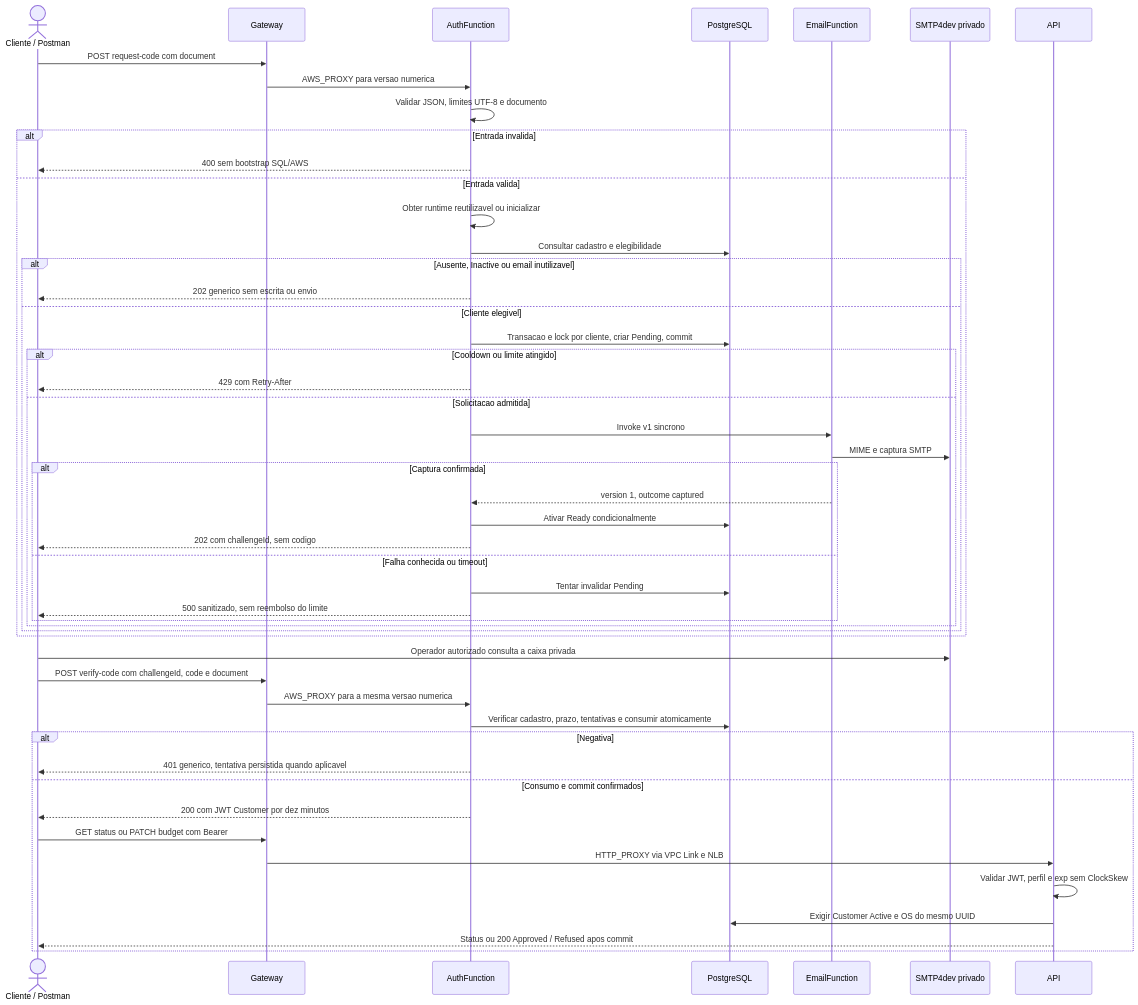
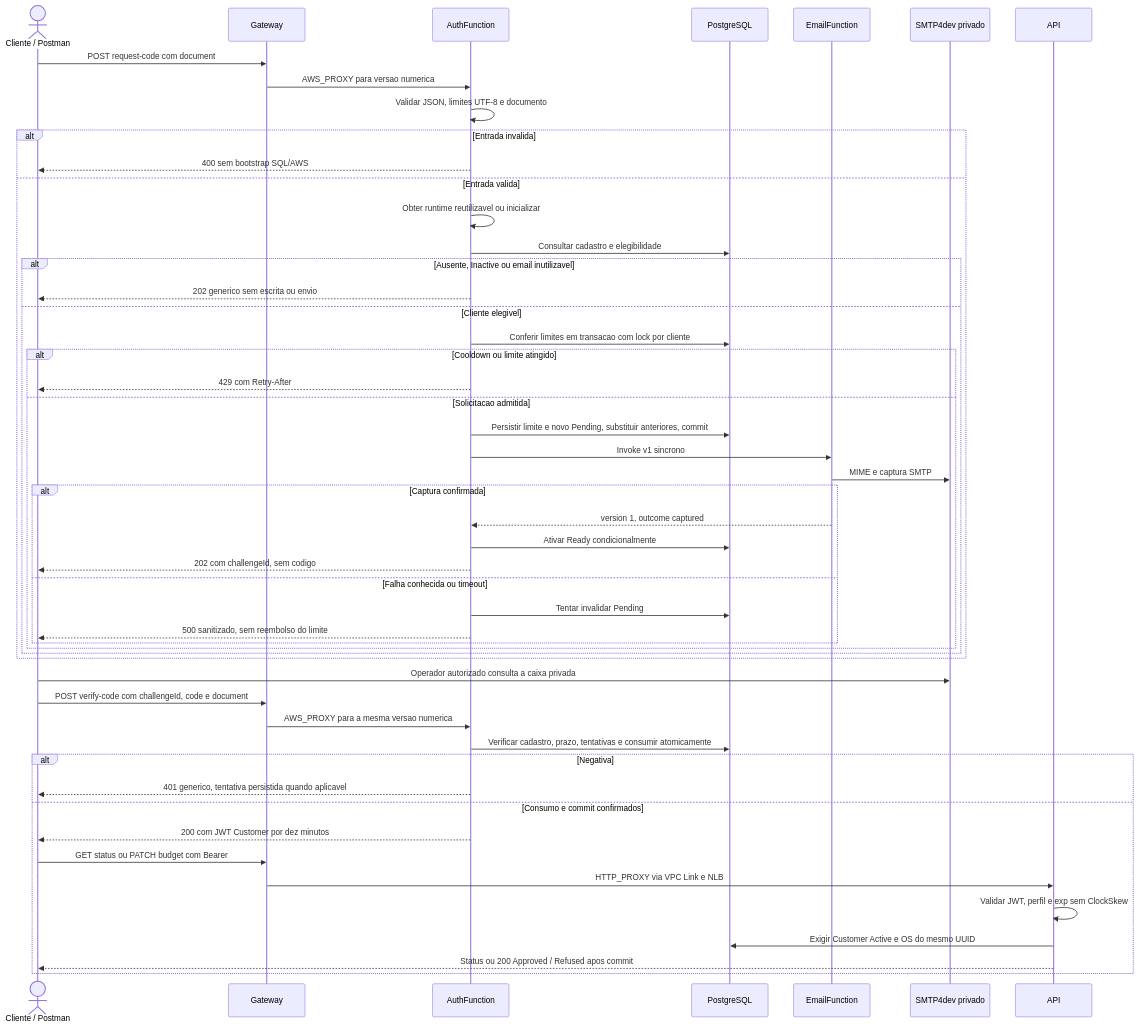
The diagram in docs/arquitetura/diagramas/VALIDACAO_CPF.md (pknfelps/GerenciamentoMecanicaSistema), drawn with Mermaid before and after one commit. The commit also changed 12 other files, not shown here.

Commit message:
Atualizados diagramas

````diff
--- a/docs/arquitetura/diagramas/VALIDACAO_CPF.md
+++ b/docs/arquitetura/diagramas/VALIDACAO_CPF.md
@@ -3,52 +3,53 @@
 ```mermaid
 sequenceDiagram
     actor C as Cliente / Postman
     participant G as Gateway
     participant F as AuthFunction
     participant D as PostgreSQL
     participant E as EmailFunction
     participant S as SMTP4dev privado
     participant A as API
     C->>G: POST request-code com document
     G->>F: AWS_PROXY para versao numerica
     F->>F: Validar JSON, limites UTF-8 e documento
     alt Entrada invalida
         F-->>C: 400 sem bootstrap SQL/AWS
     else Entrada valida
         F->>F: Obter runtime reutilizavel ou inicializar
         F->>D: Consultar cadastro e elegibilidade
         alt Ausente, Inactive ou email inutilizavel
             F-->>C: 202 generico sem escrita ou envio
         else Cliente elegivel
-            F->>D: Transacao e lock por cliente, criar Pending, commit
+            F->>D: Conferir limites em transacao com lock por cliente
             alt Cooldown ou limite atingido
                 F-->>C: 429 com Retry-After
             else Solicitacao admitida
+                F->>D: Persistir limite e novo Pending, substituir anteriores, commit
                 F->>E: Invoke v1 sincrono
                 E->>S: MIME e captura SMTP
                 alt Captura confirmada
                     E-->>F: version 1, outcome captured
                     F->>D: Ativar Ready condicionalmente
                     F-->>C: 202 com challengeId, sem codigo
                 else Falha conhecida ou timeout
                     F->>D: Tentar invalidar Pending
                     F-->>C: 500 sanitizado, sem reembolso do limite
                 end
             end
         end
     end
     C->>S: Operador autorizado consulta a caixa privada
     C->>G: POST verify-code com challengeId, code e document
     G->>F: AWS_PROXY para a mesma versao numerica
     F->>D: Verificar cadastro, prazo, tentativas e consumir atomicamente
     alt Negativa
         F-->>C: 401 generico, tentativa persistida quando aplicavel
     else Consumo e commit confirmados
         F-->>C: 200 com JWT Customer por dez minutos
         C->>G: GET status ou PATCH budget com Bearer
         G->>A: HTTP_PROXY via VPC Link e NLB
         A->>A: Validar JWT, perfil e exp sem ClockSkew
         A->>D: Exigir Customer Active e OS do mesmo UUID
         A-->>C: Status ou 200 Approved / Refused apos commit
     end
 ```
````
